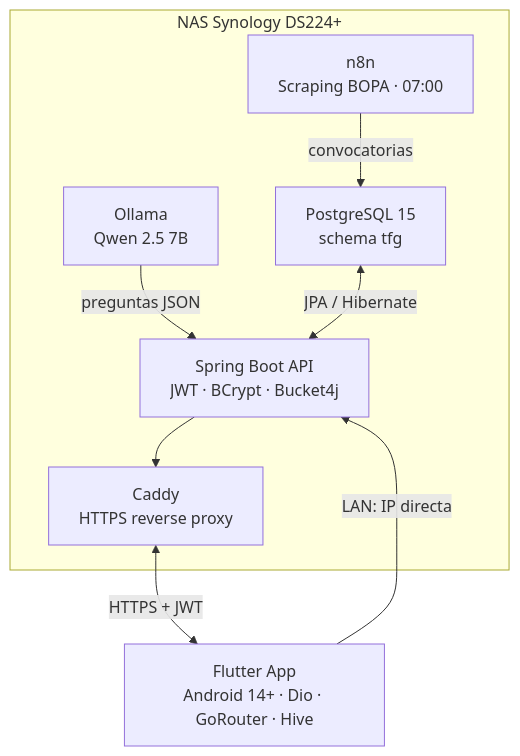
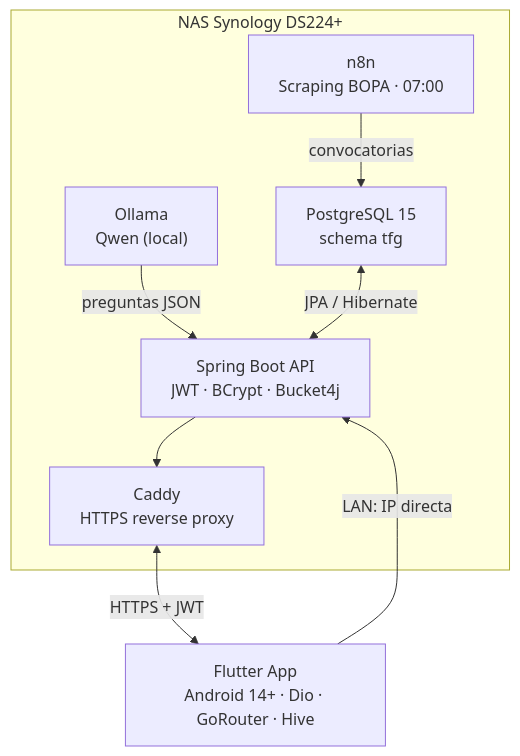
The diagram in README.md (IvanjonasFC/OposApp), drawn with Mermaid before and after one commit. The commit also changed other lines of this file, not shown here.

````diff
--- a/README.md
+++ b/README.md
@@ -51,20 +51,20 @@
 ```mermaid
 graph TD
     subgraph NAS["NAS Synology DS224+"]
         N8N["n8n<br/>Scraping BOPA · 07:00"]
         PG["PostgreSQL 15<br/>schema tfg"]
-        OL["Ollama<br/>Qwen 2.5 7B"]
+        OL["Ollama<br/>Qwen (local)"]
         SB["Spring Boot API<br/>JWT · BCrypt · Bucket4j"]
         CD["Caddy<br/>HTTPS reverse proxy"]
 
         N8N -->|convocatorias| PG
         OL -->|preguntas JSON| SB
         PG <-->|JPA / Hibernate| SB
         SB --> CD
     end
 
     FL["Flutter App<br/>Android 14+ · Dio · GoRouter · Hive"]
 
     FL -->|LAN: IP directa| SB
     CD <-->|HTTPS + JWT| FL
 ```
````
